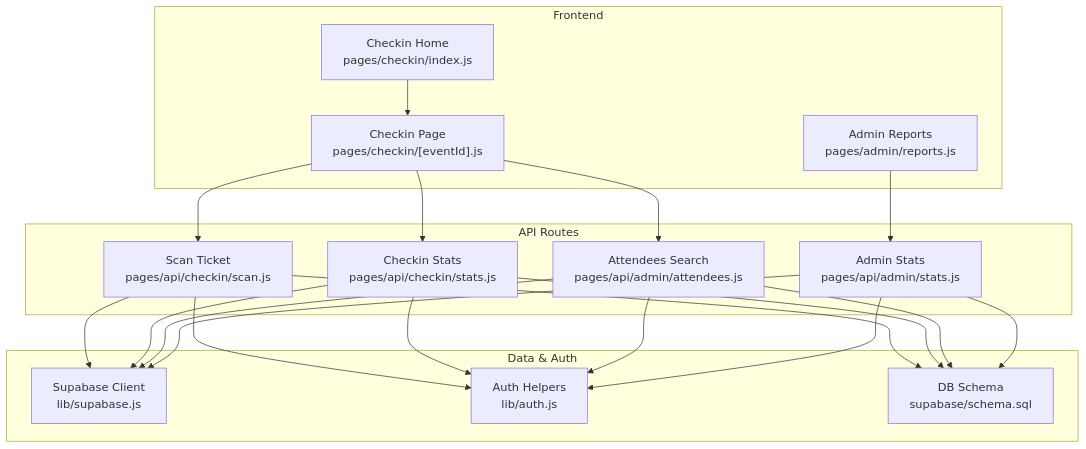
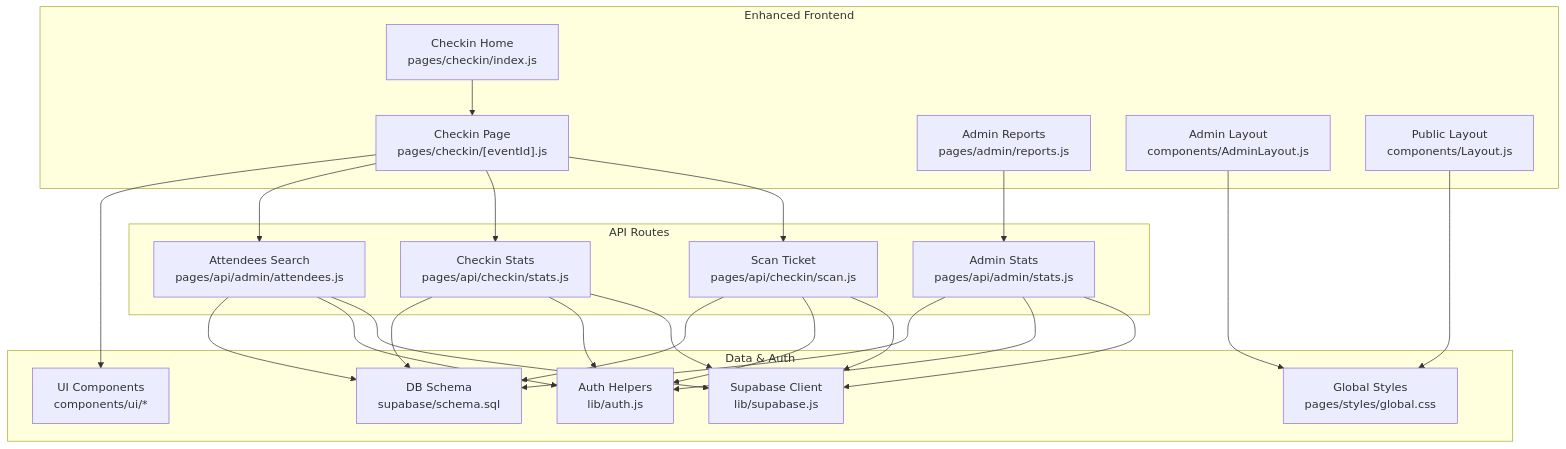
Before and after one commit to ObeyMuchechesi/TicketFlow: the first of 5 diagrams in .qoder/repowiki/en/content/Gate Check-in System/Gate Check-in System.md, drawn with Mermaid. The commit also changed other lines of this file and 12 other files, not shown here.

First line of the commit message:
docs: EcoCash schema columns and project documentation refresh

````diff
--- a/.qoder/repowiki/en/content/Gate Check-in System/Gate Check-in System.md
+++ b/.qoder/repowiki/en/content/Gate Check-in System/Gate Check-in System.md
@@ -40,36 +56,43 @@
 ```mermaid
 graph TB
-subgraph "Frontend"
+subgraph "Enhanced Frontend"
 A["Checkin Home<br/>pages/checkin/index.js"]
 B["Checkin Page<br/>pages/checkin/[eventId].js"]
 C["Admin Reports<br/>pages/admin/reports.js"]
+D["Admin Layout<br/>components/AdminLayout.js"]
+E["Public Layout<br/>components/Layout.js"]
 end
 subgraph "API Routes"
-D["Scan Ticket<br/>pages/api/checkin/scan.js"]
-E["Checkin Stats<br/>pages/api/checkin/stats.js"]
-F["Attendees Search<br/>pages/api/admin/attendees.js"]
-G["Admin Stats<br/>pages/api/admin/stats.js"]
+F["Scan Ticket<br/>pages/api/checkin/scan.js"]
+G["Checkin Stats<br/>pages/api/checkin/stats.js"]
+H["Attendees Search<br/>pages/api/admin/attendees.js"]
+I["Admin Stats<br/>pages/api/admin/stats.js"]
 end
 subgraph "Data & Auth"
-H["Supabase Client<br/>lib/supabase.js"]
-I["Auth Helpers<br/>lib/auth.js"]
-J["DB Schema<br/>supabase/schema.sql"]
+J["Supabase Client<br/>lib/supabase.js"]
+K["Auth Helpers<br/>lib/auth.js"]
+L["DB Schema<br/>supabase/schema.sql"]
+M["Global Styles<br/>pages/styles/global.css"]
+N["UI Components<br/>components/ui/*"]
 end
 A --> B
-B --> D
-B --> E
 B --> F
-C --> G
-D --> H
-E --> H
-F --> H
-G --> H
-D --> I
-E --> I
-F --> I
-G --> I
-D --> J
-E --> J
+B --> G
+B --> H
+C --> I
+D --> M
+E --> M
 F --> J
 G --> J
+H --> J
+I --> J
+F --> K
+G --> K
+H --> K
+I --> K
+F --> L
+G --> L
+H --> L
+I --> L
+B --> N
 ```
````
